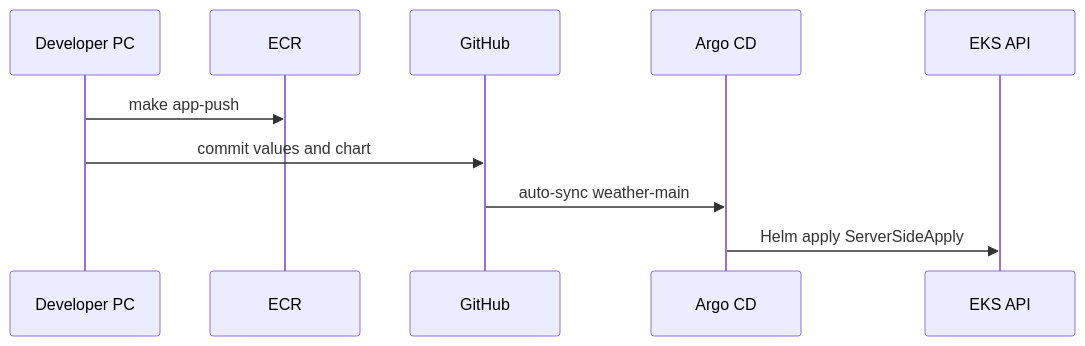
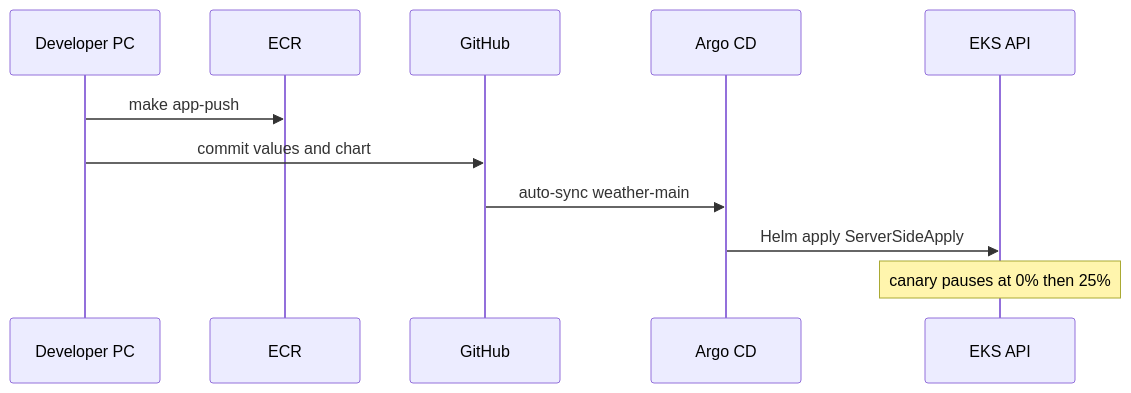
The second of 2 diagrams in docs/architecture/overview.md (evyatare92/aws-project), drawn with Mermaid before and after one commit. The commit also changed other lines of this file and 19 other files, not shown here.

````diff
--- a/docs/architecture/overview.md
+++ b/docs/architecture/overview.md
@@ -110,13 +110,14 @@
 ```mermaid
 sequenceDiagram
   participant Dev as Developer PC
   participant ECR as ECR
   participant Git as GitHub
   participant Argo as Argo CD
   participant EKS as EKS API
 
   Dev->>ECR: make app-push
   Dev->>Git: commit values and chart
   Git->>Argo: auto-sync weather-main
   Argo->>EKS: Helm apply ServerSideApply
+  Note over EKS: canary pauses at 0% then 25%
 ```
````
